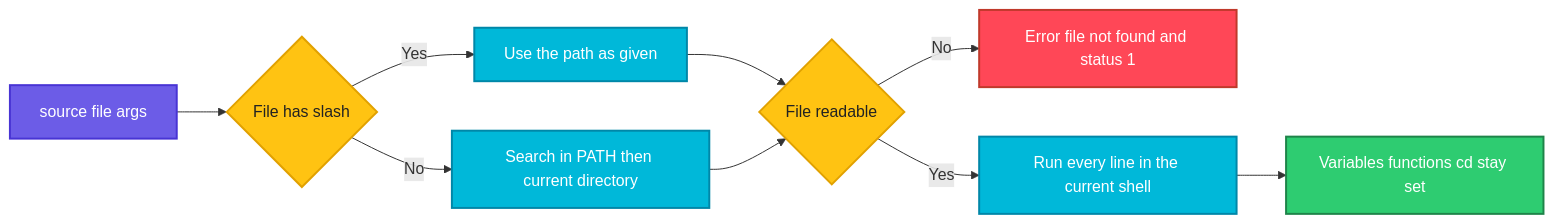
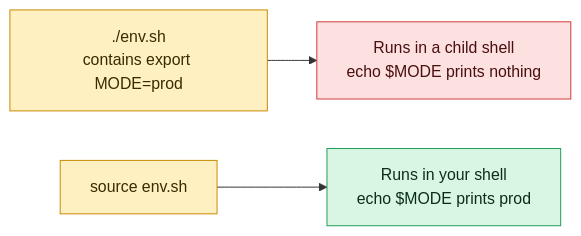
One commit to codeKerdosTech/DevOps-Documentation changed the diagram in linux/shell-basics/source.md. Above: the diagram before and after it, drawn with Mermaid. The commit also changed other lines of this file and 165 other files, not shown here.

Commit message:
updated diagrams in linux

````diff
--- a/linux/shell-basics/source.md
+++ b/linux/shell-basics/source.md
@@ -16,23 +16,13 @@
 ```mermaid
 flowchart LR
-    A[source file args] --> B{File has slash}
-    B -->|Yes| C[Use the path as given]
-    B -->|No| D[Search in PATH then current directory]
-    C --> E{File readable}
-    D --> E
-    E -->|No| F[Error file not found and status 1]
-    E -->|Yes| G[Run every line in the current shell]
-    G --> H[Variables functions cd stay set]
-    classDef start fill:#6C5CE7,stroke:#4834D4,stroke-width:2px,color:#fff
-    classDef proc fill:#00B8D9,stroke:#0087A8,stroke-width:2px,color:#fff
-    classDef dec fill:#FFC312,stroke:#E1A100,stroke-width:2px,color:#222
-    classDef ok fill:#2ECC71,stroke:#1E8449,stroke-width:2px,color:#fff
-    classDef err fill:#FF4757,stroke:#C0392B,stroke-width:2px,color:#fff
-    classDef out fill:#FD79A8,stroke:#E84393,stroke-width:2px,color:#fff
-    classDef alt fill:#FF9F43,stroke:#E67E22,stroke-width:2px,color:#fff
-    class A start
-    class C,D,G proc
-    class B,E dec
-    class F err
-    class H ok
+    c1[./env.sh<br/>contains export MODE=prod] --> x1[Runs in a child shell<br/>echo $MODE prints nothing]
+    c2[source env.sh] --> o1[Runs in your shell<br/>echo $MODE prints prod]
+    classDef inp fill:#DCEBFF,stroke:#2F6FDE,color:#10213F
+    classDef cmd fill:#FFF0C2,stroke:#C98A00,color:#3A2A00
+    classDef out fill:#D9F5E3,stroke:#1F9D55,color:#0B2E1A
+    classDef bad fill:#FDE0E0,stroke:#D13B3B,color:#4A0F0F
+    classDef note fill:#ECEFF3,stroke:#7B8794,color:#1F2933
+    class c1,c2 cmd
+    class x1 bad
+    class o1 out
 ```
````
